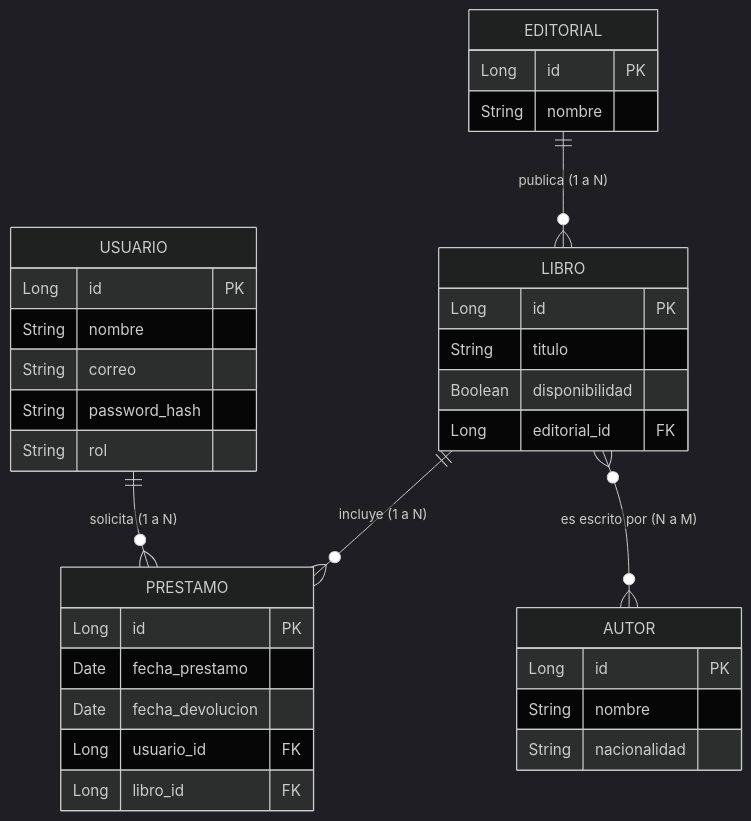
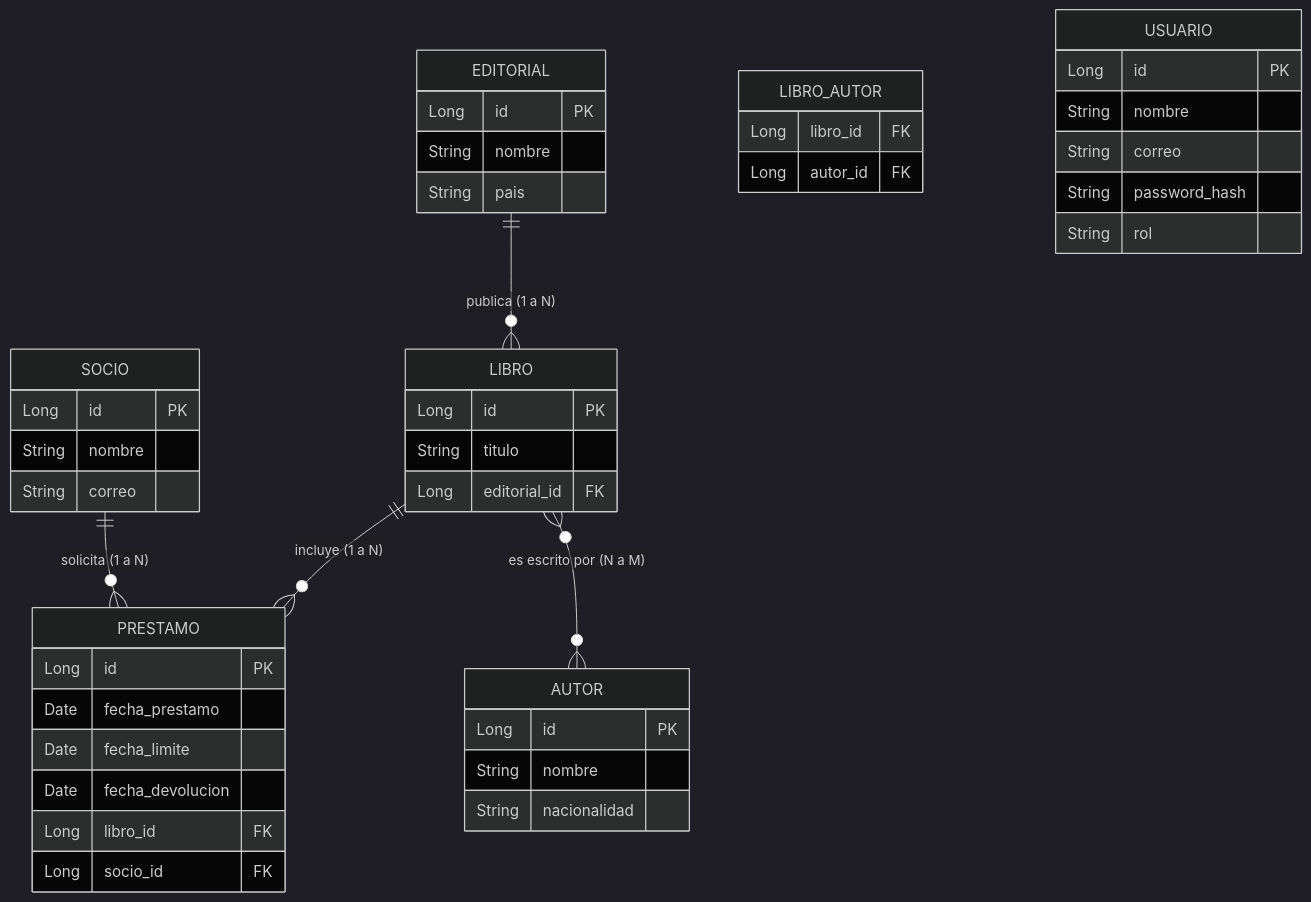
One commit to itzelsalas985-dev/biblioteca-api changed the first of 2 diagrams in README.md. Above: the diagram before and after it, drawn with Mermaid (dark theme). The commit also changed other lines of this file and 2 other files, not shown here.

````diff
--- a/README.md
+++ b/README.md
@@ -184,41 +213,53 @@
 ```mermaid
 erDiagram
     EDITORIAL ||--o{ LIBRO : "publica (1 a N)"
-    USUARIO ||--o{ PRESTAMO : "solicita (1 a N)"
+    SOCIO ||--o{ PRESTAMO : "solicita (1 a N)"
     LIBRO ||--o{ PRESTAMO : "incluye (1 a N)"
     LIBRO }o--o{ AUTOR : "es escrito por (N a M)"
 
     EDITORIAL {
         Long id PK
         String nombre
+        String pais
     }
 
     LIBRO {
         Long id PK
         String titulo
-        Boolean disponibilidad
         Long editorial_id FK
     }
 
     AUTOR {
         Long id PK
         String nombre
         String nacionalidad
     }
 
+    LIBRO_AUTOR {
+        Long libro_id FK
+        Long autor_id FK
+    }
+
+    SOCIO {
+        Long id PK
+        String nombre
+        String correo
+    }
+
+    PRESTAMO {
+        Long id PK
+        Date fecha_prestamo
+        Date fecha_limite
+        Date fecha_devolucion
+        Long libro_id FK
+        Long socio_id FK
+    }
+
     USUARIO {
         Long id PK
         String nombre
         String correo
         String password_hash
         String rol
     }
-
-    PRESTAMO {
-        Long id PK
-        Date fecha_prestamo
-        Date fecha_devolucion
-        Long usuario_id FK
-        Long libro_id FK
-    }
 ```
````
